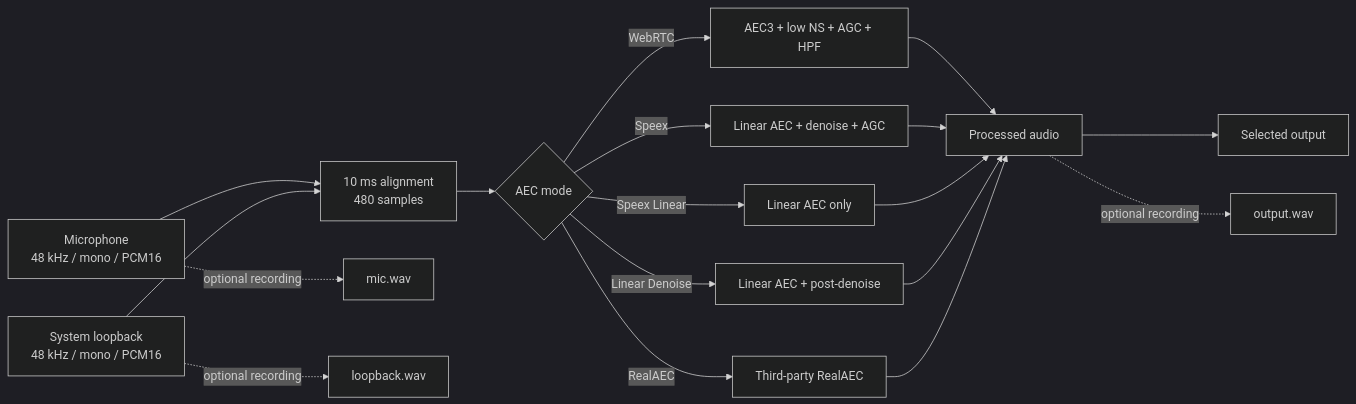
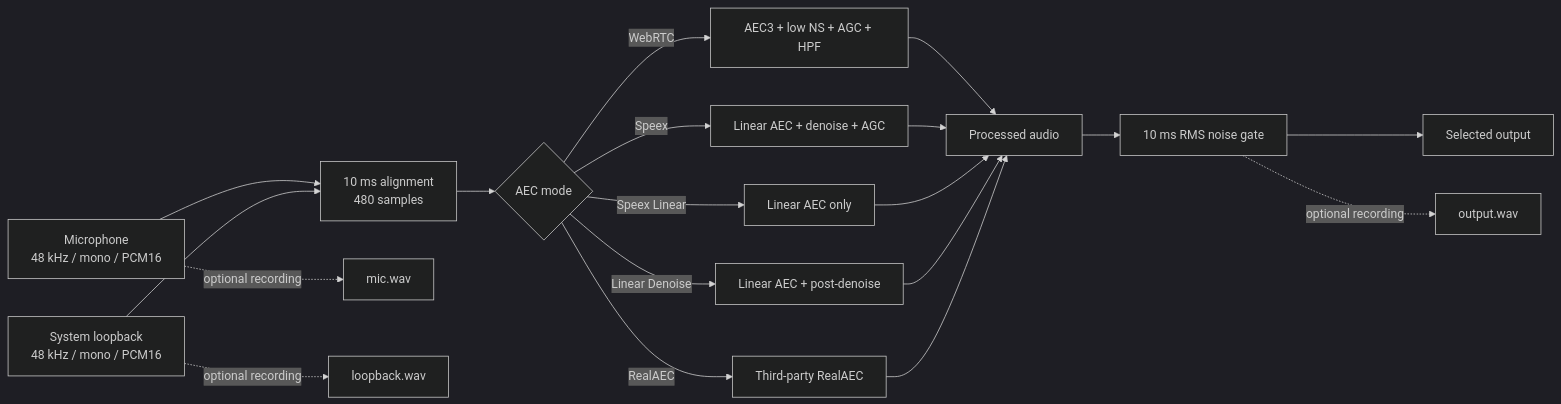
One commit to dazo6/SpeexEchoCanceller changed the diagram in README.en.md. Above: the diagram before and after it, drawn with Mermaid (dark theme). The commit also changed other lines of this file and 4 other files, not shown here.

Commit message:
Add configurable post-processing noise gate

````diff
--- a/README.en.md
+++ b/README.en.md
@@ -22,20 +22,21 @@
 ```mermaid
 flowchart LR
     A[Microphone<br/>48 kHz / mono / PCM16] --> D[10 ms alignment<br/>480 samples]
     B[System loopback<br/>48 kHz / mono / PCM16] --> D
     D --> E{AEC mode}
     E -->|WebRTC| F[AEC3 + low NS + AGC + HPF]
     E -->|Speex| G[Linear AEC + denoise + AGC]
     E -->|Speex Linear| H[Linear AEC only]
     E -->|Linear Denoise| I[Linear AEC + post-denoise]
     E -->|RealAEC| J[Third-party RealAEC]
     F --> K[Processed audio]
     G --> K
     H --> K
     I --> K
     J --> K
-    K --> L[Selected output]
+    K --> P[10 ms RMS noise gate]
+    P --> L[Selected output]
     A -.optional recording.-> M[mic.wav]
     B -.optional recording.-> N[loopback.wav]
-    K -.optional recording.-> O[output.wav]
+    P -.optional recording.-> O[output.wav]
 ```
````
